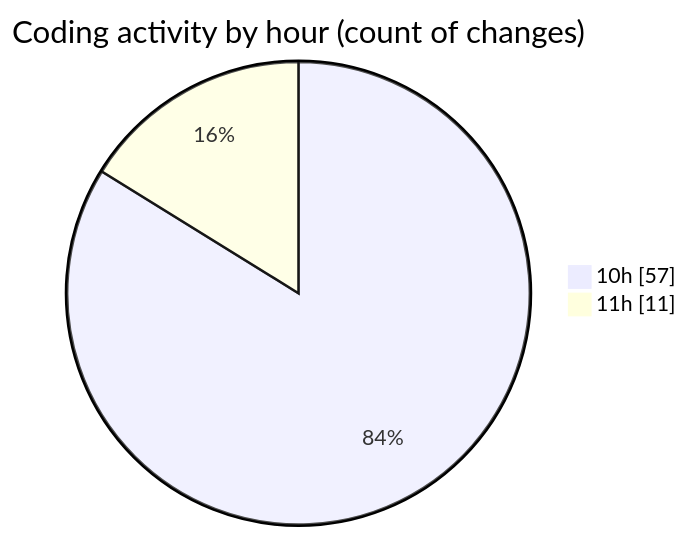
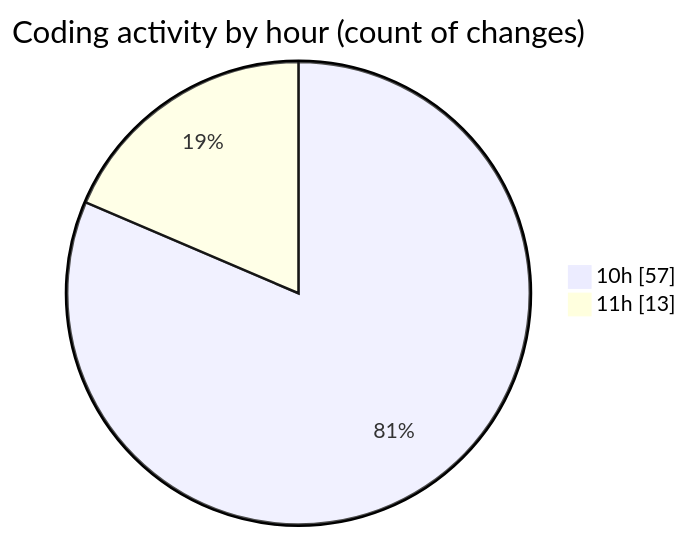
One commit to LanceThiago/code-tracking changed the second of 2 diagrams in 2025-01-13/nueva_carpeta/README.md. Above: the diagram before and after it, drawn with Mermaid. The commit also changed other lines of this file and 1 other file, not shown here.

````diff
--- a/2025-01-13/nueva_carpeta/README.md
+++ b/2025-01-13/nueva_carpeta/README.md
@@ -28,6 +28,6 @@
 ```mermaid
 pie showData
 title Coding activity by hour (count of changes)
 "10h" : 57
-"11h" : 11
+"11h" : 13
 ```
````
